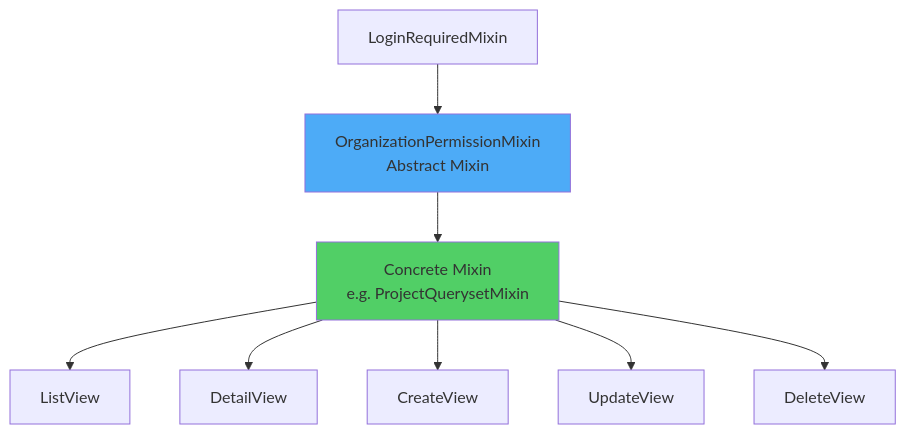
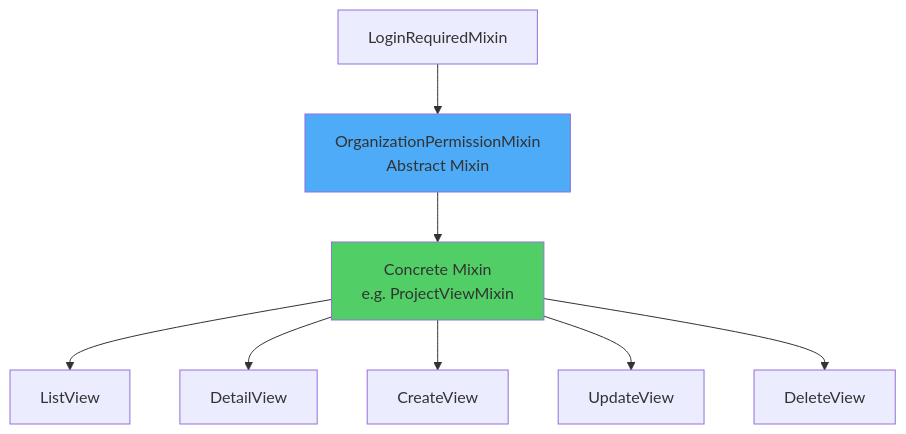
One commit to kolok/brico changed the fifth of 9 diagrams in webapp/permissions.AGENTS.md. Above: the diagram before and after it, drawn with Mermaid. The commit also changed other lines of this file and 53 other files, not shown here.

````diff
--- a/webapp/permissions.AGENTS.md
+++ b/webapp/permissions.AGENTS.md
@@ -276,13 +276,13 @@
 ```mermaid
 flowchart TD
     A[LoginRequiredMixin] --> B[OrganizationPermissionMixin<br/>Abstract Mixin]
-    B --> C[Concrete Mixin<br/>e.g. ProjectQuerysetMixin]
+    B --> C[Concrete Mixin<br/>e.g. ProjectViewMixin]
     C --> D[ListView]
     C --> E[DetailView]
     C --> F[CreateView]
     C --> G[UpdateView]
     C --> H[DeleteView]
 
     style B fill:#4dabf7
     style C fill:#51cf66
 ```
````
